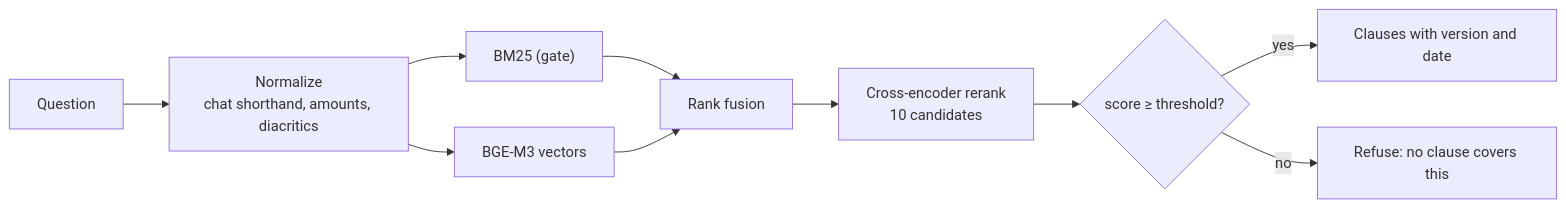
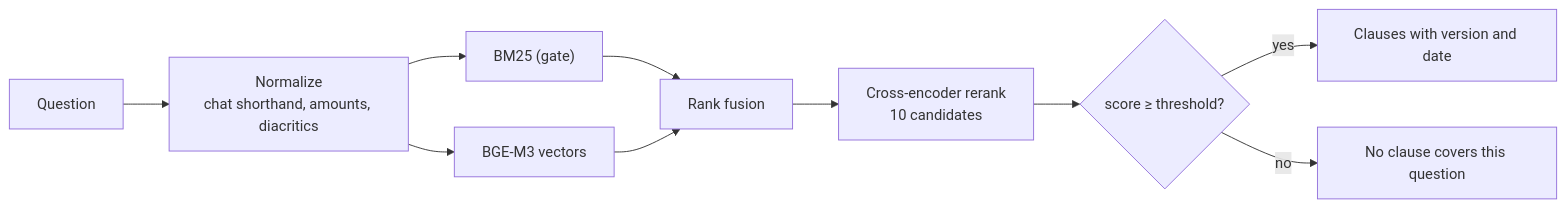
One commit to nvtanphat/support-shop changed the fourth of 4 diagrams in README.md. Above: the diagram before and after it, drawn with Mermaid. The commit also changed other lines of this file, not shown here.

````diff
--- a/README.md
+++ b/README.md
@@ -140,12 +140,12 @@
 ```mermaid
 flowchart LR
     Q["Question"] --> N["Normalize<br/>chat shorthand, amounts, diacritics"]
     N --> B["BM25 (gate)"]
     N --> V["BGE-M3 vectors"]
     B --> F["Rank fusion"]
     V --> F
     F --> R["Cross-encoder rerank<br/>10 candidates"]
     R --> T{"score ≥ threshold?"}
     T -->|yes| A["Clauses with version and date"]
-    T -->|no| X["Refuse: no clause covers this"]
+    T -->|no| X["No clause covers this question"]
 ```
````
